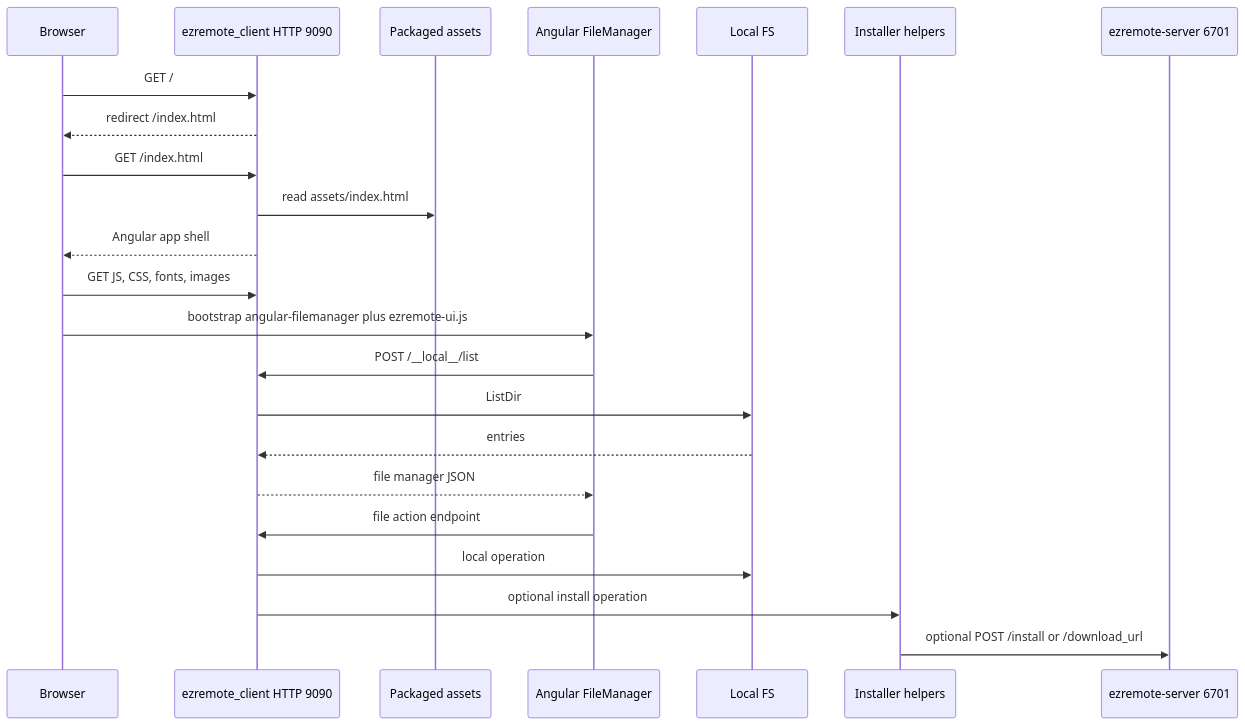
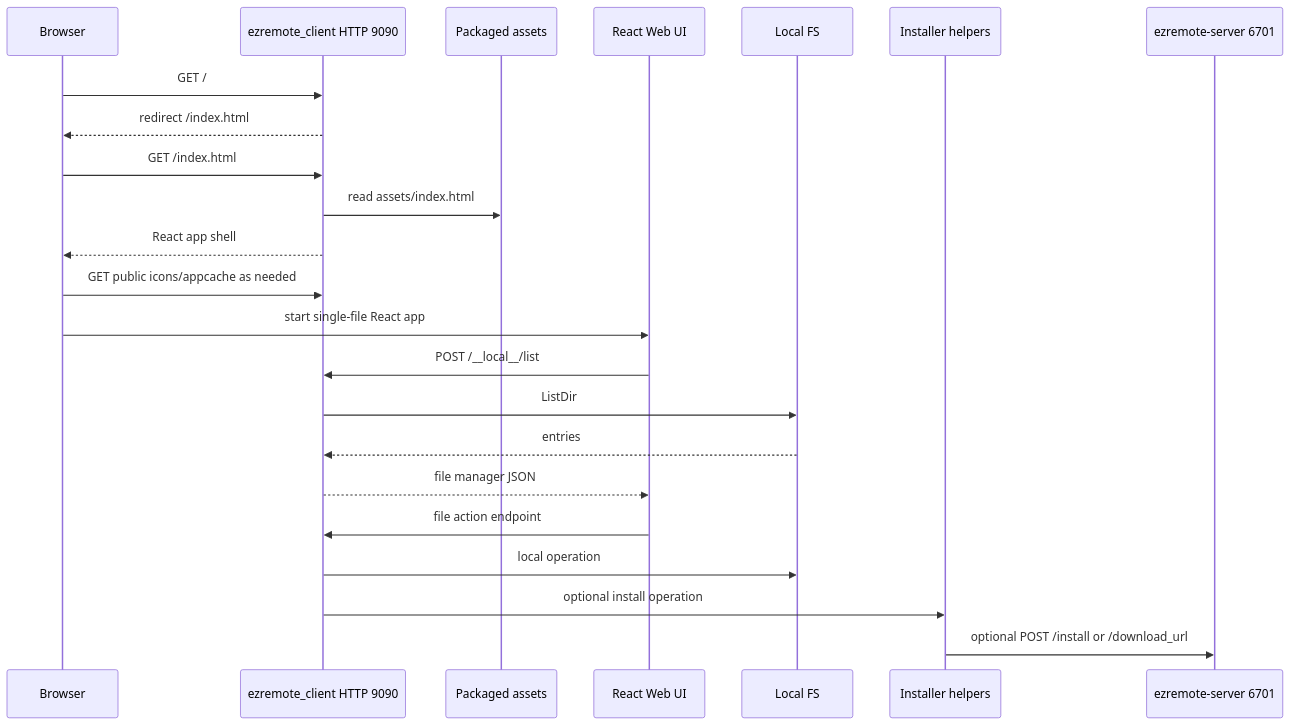
Before and after one commit to t-tx/ps5-ezremote-client: diagram 12 of 32 in DIAGRAMS.md, drawn with Mermaid. The commit also changed other lines of this file and 138 other files, not shown here.

````diff
--- a/DIAGRAMS.md
+++ b/DIAGRAMS.md
@@ -315,26 +315,26 @@
 ```mermaid
 sequenceDiagram
     participant Browser as Browser
     participant ClientHttp as ezremote_client HTTP 9090
     participant Assets as Packaged assets
-    participant Angular as Angular FileManager
+    participant React as React Web UI
     participant FS as Local FS
     participant Installer as Installer helpers
     participant Server as ezremote-server 6701
 
     Browser->>ClientHttp: GET /
     ClientHttp-->>Browser: redirect /index.html
     Browser->>ClientHttp: GET /index.html
     ClientHttp->>Assets: read assets/index.html
-    ClientHttp-->>Browser: Angular app shell
-    Browser->>ClientHttp: GET JS, CSS, fonts, images
-    Browser->>Angular: bootstrap angular-filemanager plus ezremote-ui.js
-    Angular->>ClientHttp: POST /__local__/list
+    ClientHttp-->>Browser: React app shell
+    Browser->>ClientHttp: GET public icons/appcache as needed
+    Browser->>React: start single-file React app
+    React->>ClientHttp: POST /__local__/list
     ClientHttp->>FS: ListDir
     FS-->>ClientHttp: entries
-    ClientHttp-->>Angular: file manager JSON
-    Angular->>ClientHttp: file action endpoint
+    ClientHttp-->>React: file manager JSON
+    React->>ClientHttp: file action endpoint
     ClientHttp->>FS: local operation
     ClientHttp->>Installer: optional install operation
     Installer->>Server: optional POST /install or /download_url
 ```
````
